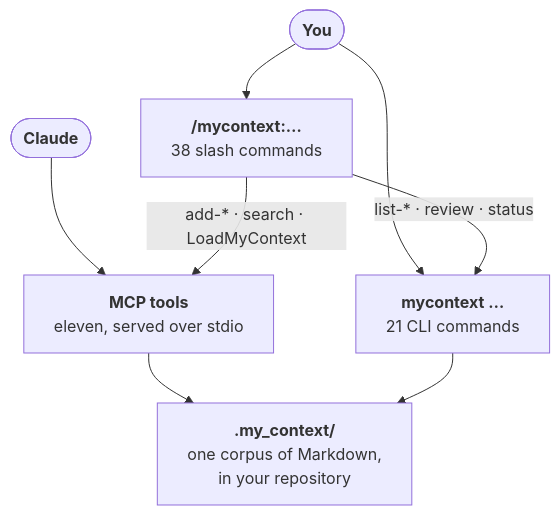
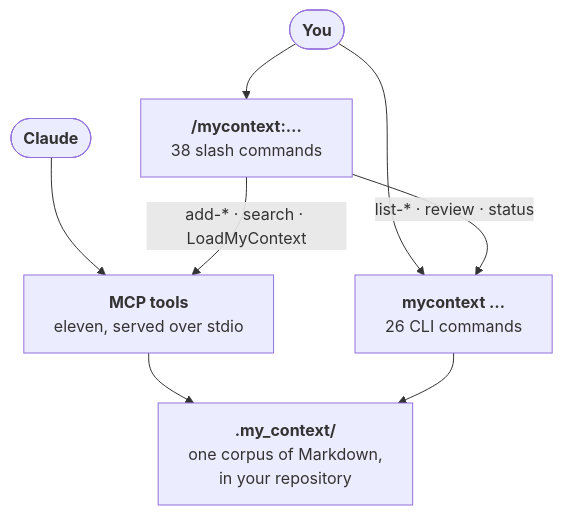
Before and after one commit to Dudi-Bar-On/my-context: the fourth of 5 diagrams in README.md, drawn with Mermaid. The commit also changed other lines of this file and 7 other files, not shown here.

````diff
--- a/README.md
+++ b/README.md
@@ -587,10 +587,10 @@
 ```mermaid
 flowchart TB
   U(["<b>You</b>"]) --> SL["<b>/mycontext:…</b><br/>38 slash commands"]
-  U --> CL["<b>mycontext …</b><br/>21 CLI commands"]
+  U --> CL["<b>mycontext …</b><br/>26 CLI commands"]
   A(["<b>Claude</b>"]) --> TL["<b>MCP tools</b><br/>eleven, served over stdio"]
   SL -->|"add-* · search · LoadMyContext"| TL
   SL -->|"list-* · review · status"| CL
   TL --> CO["<b>.my_context/</b><br/>one corpus of Markdown,<br/>in your repository"]
   CL --> CO
 ```
````
